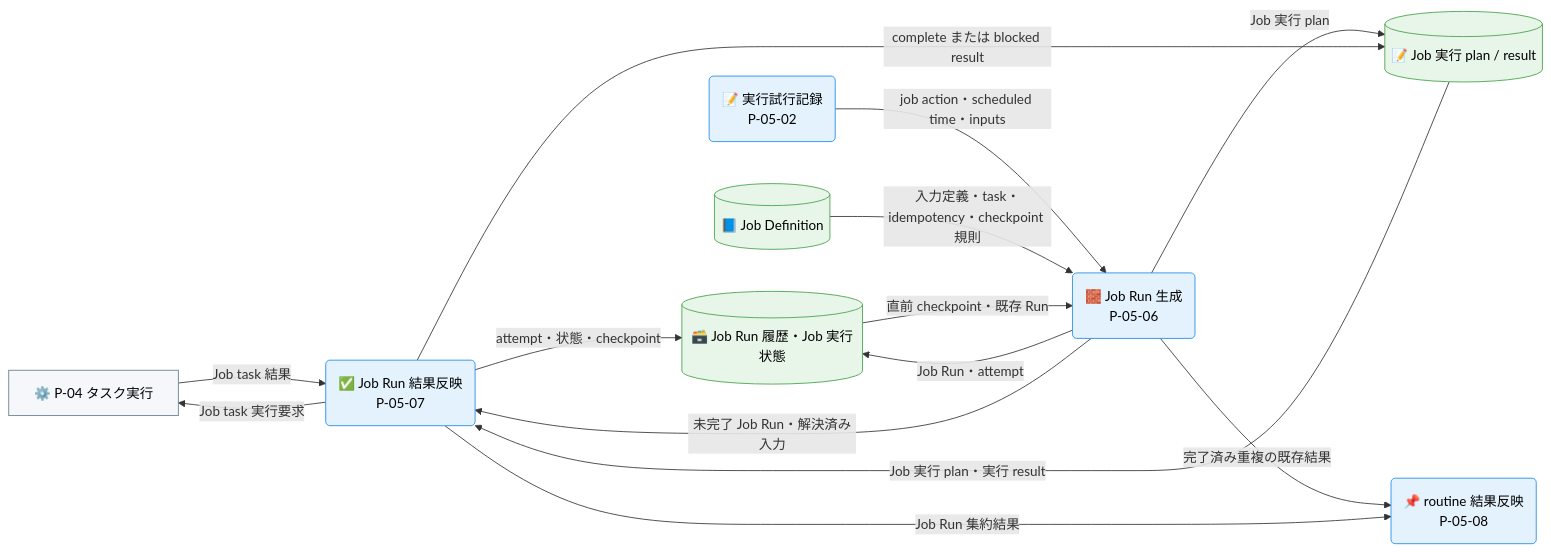
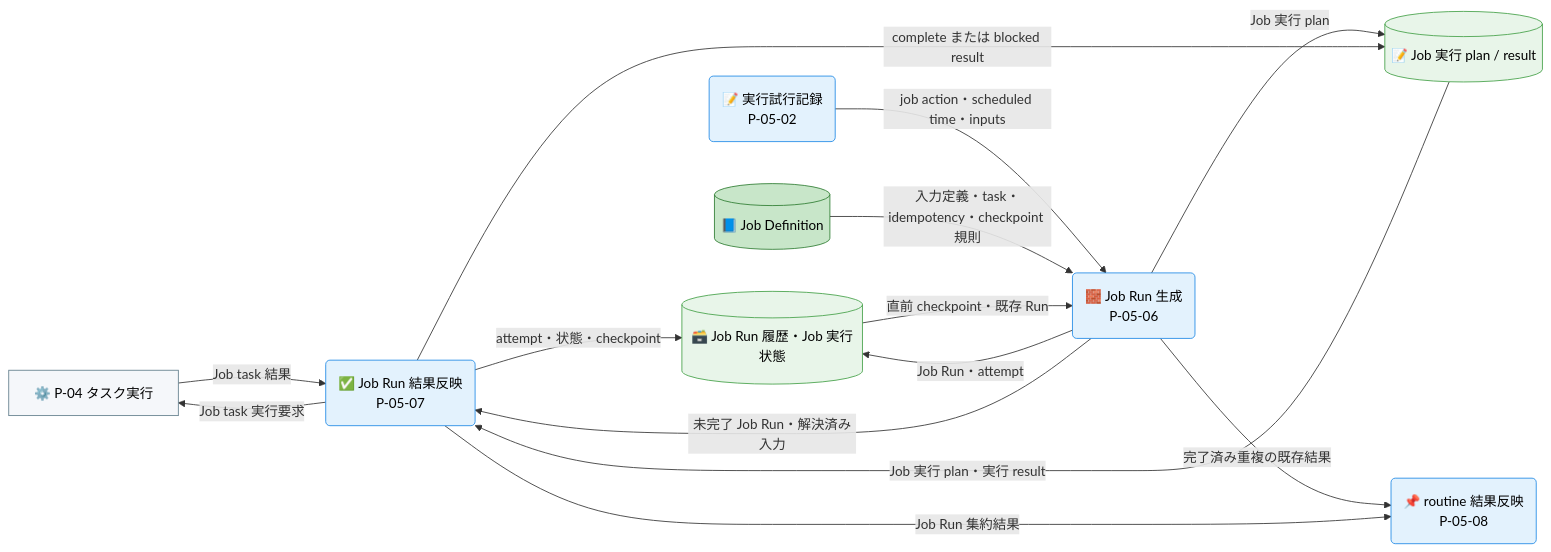
The third of 3 diagrams in docs/ja/product/010-business-specs/010-data-flow/cdfd-routine.md (specdojo/specdojo), drawn with Mermaid before and after one commit. The commit also changed other lines of this file and 6 other files, not shown here.

````diff
--- a/docs/ja/product/010-business-specs/010-data-flow/cdfd-routine.md
+++ b/docs/ja/product/010-business-specs/010-data-flow/cdfd-routine.md
@@ -177,35 +180,37 @@
 ```mermaid
 flowchart LR
   classDef process fill:#e3f2fd,stroke:#1e88e5,color:#000
-  classDef store fill:#e8f5e9,stroke:#43a047,color:#000
+  classDef storeMaster fill:#c8e6c9,stroke:#2e7d32,color:#000
+  classDef storeTransaction fill:#e8f5e9,stroke:#43a047,color:#000
   classDef actor fill:#f5f7fa,stroke:#607d8b,color:#000
 
   タスク実行先["⚙️ P-04 タスク実行"]
 
   実行試行記録("📝 実行試行記録<br>P-05-02")
   JobRun生成("🧱 Job Run 生成<br>P-05-06")
   JobRun結果反映("✅ Job Run 結果反映<br>P-05-07")
   routine結果反映("📌 routine 結果反映<br>P-05-08")
 
   JobDefinition[("📘 Job Definition")]
   JobRun履歴[("🗃️ Job Run 履歴・Job 実行状態")]
   planResult[("📝 Job 実行 plan / result")]
 
   実行試行記録 -->|"job action・scheduled time・inputs"| JobRun生成
   JobDefinition -->|"入力定義・task・idempotency・checkpoint 規則"| JobRun生成
   JobRun履歴 -->|"直前 checkpoint・既存 Run"| JobRun生成
   JobRun生成 -->|"Job Run・attempt"| JobRun履歴
   JobRun生成 -->|"Job 実行 plan"| planResult
   JobRun生成 -->|"未完了 Job Run・解決済み入力"| JobRun結果反映
   JobRun生成 -->|"完了済み重複の既存結果"| routine結果反映
   planResult -->|"Job 実行 plan・実行 result"| JobRun結果反映
   JobRun結果反映 -->|"Job task 実行要求"| タスク実行先
   タスク実行先 -->|"Job task 結果"| JobRun結果反映
   JobRun結果反映 -->|"attempt・状態・checkpoint"| JobRun履歴
   JobRun結果反映 -->|"complete または blocked result"| planResult
   JobRun結果反映 -->|"Job Run 集約結果"| routine結果反映
 
   class 実行試行記録,JobRun生成,JobRun結果反映,routine結果反映 process
-  class JobDefinition,JobRun履歴,planResult store
+  class JobDefinition storeMaster
+  class JobRun履歴,planResult storeTransaction
   class タスク実行先 actor
 ```
````
